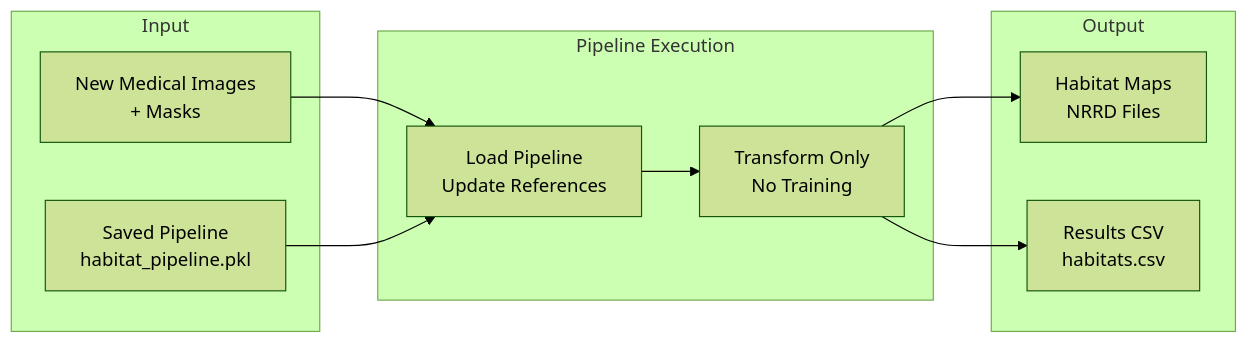
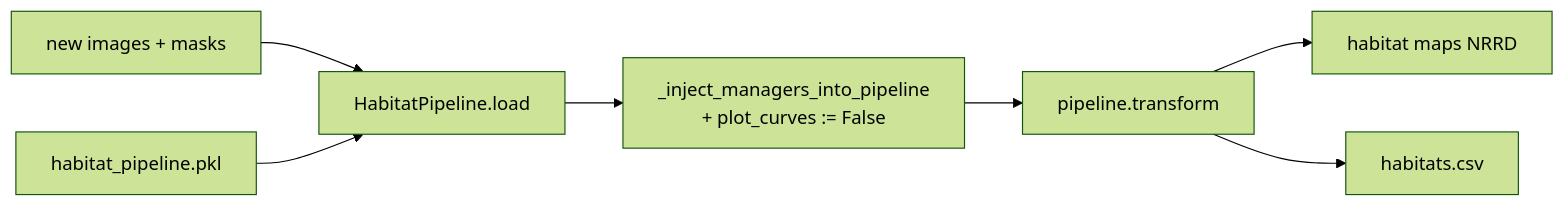
The third of 4 diagrams in habit/core/habitat_analysis/ARCHITECTURE.md (lichao312214129/HABIT), drawn with Mermaid (forest theme) before and after one commit. The commit also changed other lines of this file and 93 other files, not shown here.

````diff
--- a/habit/core/habitat_analysis/ARCHITECTURE.md
+++ b/habit/core/habitat_analysis/ARCHITECTURE.md
@@ -266,23 +243,9 @@
 ```mermaid
 graph LR
-    subgraph "Input"
-        NewImages[New Medical Images<br/>+ Masks]
-        Pipeline[Saved Pipeline<br/>habitat_pipeline.pkl]
-    end
-    
-    subgraph "Pipeline Execution"
-        Load[Load Pipeline<br/>Update References]
-        Transform[Transform Only<br/>No Training]
-    end
-    
-    subgraph "Output"
-        HM[Habitat Maps<br/>NRRD Files]
-        CSV[Results CSV<br/>habitats.csv]
-    end
-    
-    NewImages --> Load
-    Pipeline --> Load
-    Load --> Transform
-    Transform --> HM
-    Transform --> CSV
+    NewImgs[new images + masks] --> Load
+    Pkl[habitat_pipeline.pkl] --> Load[HabitatPipeline.load]
+    Load --> Inject[_inject_managers_into_pipeline<br/>+ plot_curves := False]
+    Inject --> Trans[pipeline.transform]
+    Trans --> HM[habitat maps NRRD]
+    Trans --> CSV[habitats.csv]
 ```
````
